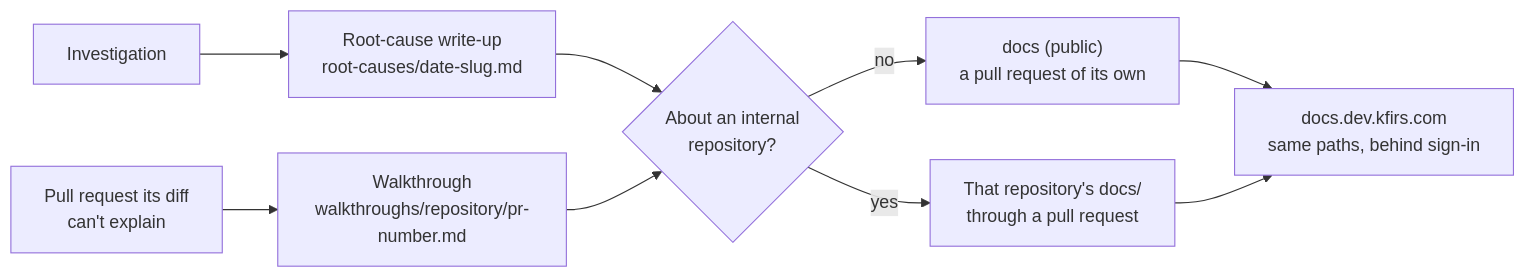
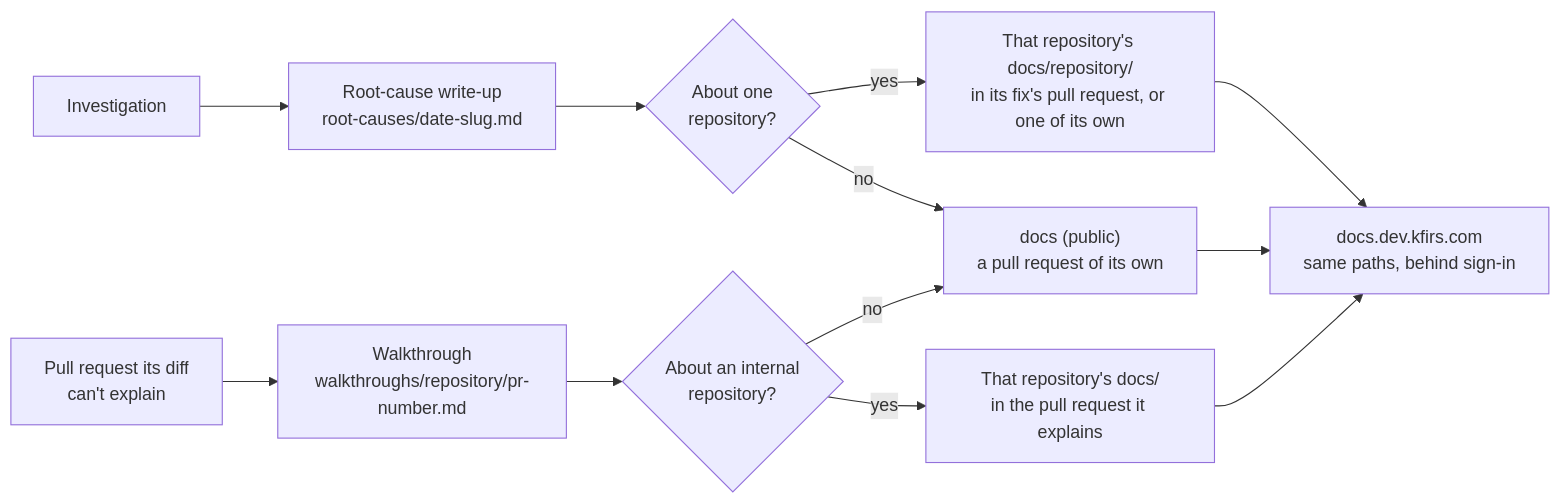
The diagram in hub/designs/investigations-and-walkthroughs.md (arikkfir-org/docs), drawn with Mermaid before and after one commit. The commit also changed other lines of this file and 3 other files, not shown here.

````diff
--- a/hub/designs/investigations-and-walkthroughs.md
+++ b/hub/designs/investigations-and-walkthroughs.md
@@ -14,11 +14,14 @@
 ```mermaid
 flowchart LR
   I["Investigation"] --> R["Root-cause write-up<br/>root-causes/date-slug.md"]
+  R --> A{"About one<br/>repository?"}
+  A -->|yes| RR["That repository's docs/repository/<br/>in its fix's pull request, or one of its own"]
+  A -->|no| D
   P["Pull request its diff<br/>can't explain"] --> W["Walkthrough<br/>walkthroughs/repository/pr-number.md"]
-  R --> V{"About an internal<br/>repository?"}
-  W --> V
+  W --> V{"About an internal<br/>repository?"}
   V -->|no| D["docs (public)<br/>a pull request of its own"]
-  V -->|yes| F["That repository's docs/<br/>through a pull request"]
-  D --> S["docs.dev.kfirs.com<br/>same paths, behind sign-in"]
+  V -->|yes| F["That repository's docs/<br/>in the pull request it explains"]
+  RR --> S["docs.dev.kfirs.com<br/>same paths, behind sign-in"]
+  D --> S
   F --> S
 ```
````
